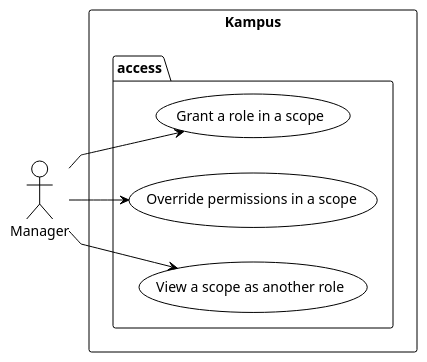
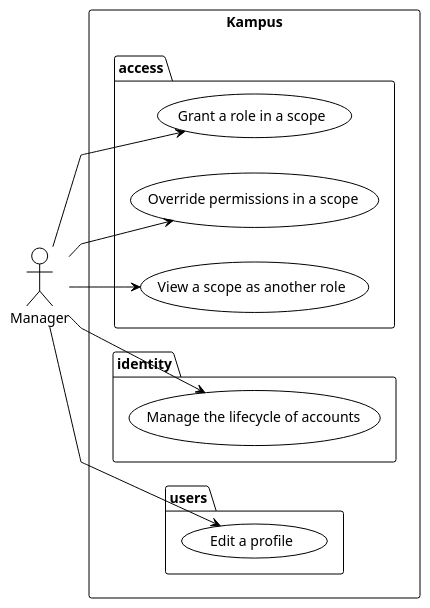
One commit to didactika/kampus changed the diagram in docs/01-requirements/use-cases-manager.puml. Above: the diagram before and after it, drawn with PlantUML. The commit also changed 84 other files, not shown here.

First line of the commit message:
docs(docs): design identity and users

```diff
--- a/docs/01-requirements/use-cases-manager.puml
+++ b/docs/01-requirements/use-cases-manager.puml
@@ -1,20 +1,28 @@
 @startuml
 !theme plain
 skinparam linetype polyline
 left to right direction
 
 actor "Manager" as A_Manager
 
 rectangle "Kampus" {
   package "access" {
     usecase "Grant a role in a scope" as UC_grantRole
     usecase "Override permissions in a scope" as UC_overridePermission
     usecase "View a scope as another role" as UC_viewAsRole
   }
+  package "identity" {
+    usecase "Manage the lifecycle of accounts" as UC_manageAccountLifecycle
+  }
+  package "users" {
+    usecase "Edit a profile" as UC_editProfile
+  }
 }
 
 A_Manager --> UC_grantRole
 A_Manager --> UC_overridePermission
 A_Manager --> UC_viewAsRole
+A_Manager --> UC_manageAccountLifecycle
+A_Manager --> UC_editProfile
 
 @enduml
```
